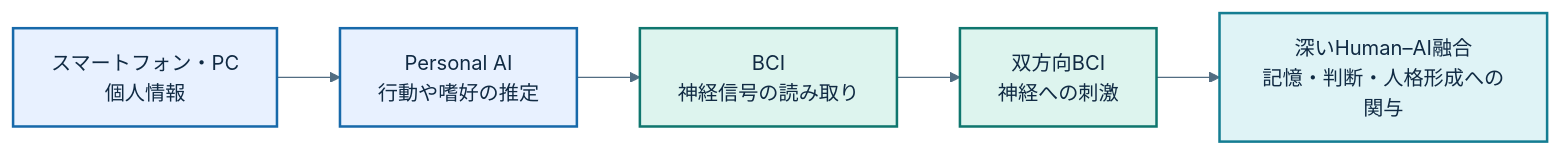
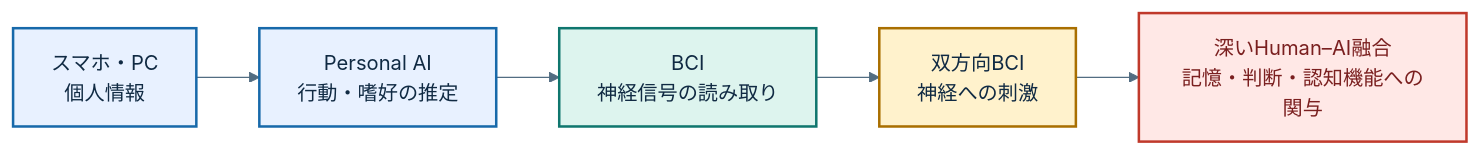
Before and after one commit to kukukucode/cogauth: the first of 7 diagrams in README.md, drawn with Mermaid. The commit also changed other lines of this file, not shown here.

````diff
--- a/README.md
+++ b/README.md
@@ -22,24 +56,23 @@
 ```mermaid
 %%{init: {"theme":"base","themeVariables":{
   "background":"#FFFFFF",
   "primaryColor":"#E8F1FF",
   "primaryTextColor":"#102A43",
   "primaryBorderColor":"#1769AA",
   "secondaryColor":"#DDF4EE",
   "tertiaryColor":"#FFF2CC",
   "lineColor":"#526D82",
-  "textColor":"#102A43",
-  "fontFamily":"Arial, sans-serif"
+  "textColor":"#102A43"
 }}}%%
 flowchart LR
-    A[スマートフォン・PC<br>個人情報] --> B[Personal AI<br>行動や嗜好の推定]
+    A[スマホ・PC<br>個人情報] --> B[Personal AI<br>行動・嗜好の推定]
     B --> C[BCI<br>神経信号の読み取り]
     C --> D[双方向BCI<br>神経への刺激]
-    D --> E[深いHuman–AI融合<br>記憶・判断・人格形成への関与]
+    D --> E[深いHuman–AI融合<br>記憶・判断・認知機能への関与]
 
     style A fill:#E8F1FF,stroke:#1769AA,stroke-width:2px,color:#102A43
     style B fill:#E8F1FF,stroke:#1769AA,stroke-width:2px,color:#102A43
     style C fill:#DDF4EE,stroke:#0F766E,stroke-width:2px,color:#102A43
-    style D fill:#DDF4EE,stroke:#0F766E,stroke-width:2px,color:#102A43
-    style E fill:#DFF3F6,stroke:#147D92,stroke-width:2px,color:#102A43
+    style D fill:#FFF2CC,stroke:#A96F00,stroke-width:2px,color:#102A43
+    style E fill:#FFE8E6,stroke:#C0392B,stroke-width:2px,color:#7A1F1F
 ```
````
